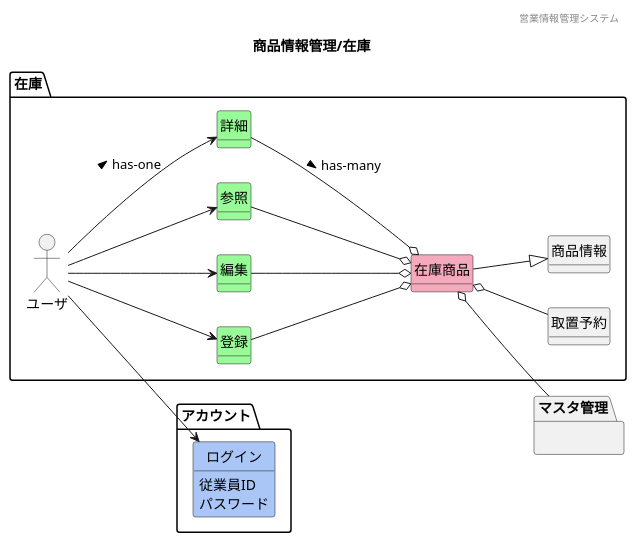
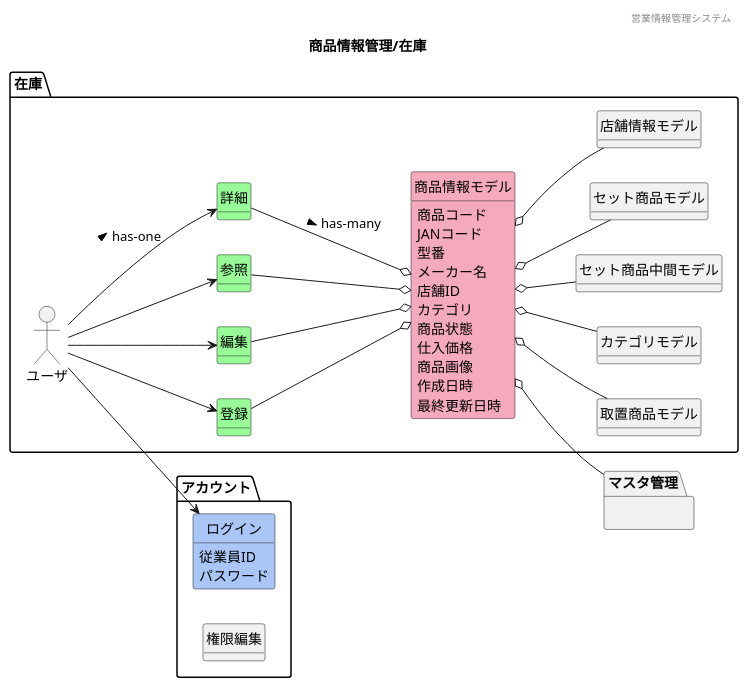
One commit to HaruShim/Sotuken changed the diagram in 各種設計書/1ドメインモデル図/商品情報管理/F07在庫.plantuml. Above: the diagram before and after it, drawn with PlantUML. The commit also changed 13 other files, not shown here.

```diff
--- a/各種設計書/1ドメインモデル図/商品情報管理/F07在庫.plantuml
+++ b/各種設計書/1ドメインモデル図/商品情報管理/F07在庫.plantuml
@@ -1,62 +1,72 @@
 @startuml images/商品情報管理/在庫
 ' ヘッダー
 header 営業情報管理システム
 ' タイトル
 title 商品情報管理/在庫
 ' 
 hide circle
 ' 
 hide method
 left to right direction
 
 package "アカウント"{
     class "ログイン" #A9C6F6
+    class "権限編集"
 }
 
 package "在庫" {
     'ユーザや外部システム
     mix_actor "ユーザ"
     class "登録" #98fb98
     class "編集" #98fb98
     class "参照" #98fb98
     class "詳細" #98fb98
-    class "在庫商品" #F5A9BC
-    class "取置予約"
-    class "商品情報"
+    class "商品情報モデル" #F5A9BC
+    class "取置商品モデル"
+    class "カテゴリモデル"
+    class "セット商品中間モデル"
+    class "セット商品モデル"
+    class "店舗情報モデル"    
 }
     package "マスタ管理"{
+        ' package "店舗マスタ"{}
+        ' package "ベンチマークマスタ"{}
     }
     ' class "" #F5A9BC
     ' class "" #ffd700
 
     'モデル同士の関係
     ユーザ --> 参照
     ユーザ --> 登録
     ユーザ --> 編集
     ユーザ --> 詳細 : > has-one
     ユーザ --> ログイン
-    登録 --o 在庫商品
-    参照 --o 在庫商品
-    編集 --o 在庫商品
-    詳細 --o 在庫商品 : > has-many
-    在庫商品 o-- 取置予約
-    在庫商品 --|> 商品情報
-    在庫商品 o-- マスタ管理
-
+    登録 --o 商品情報モデル
+    参照 --o 商品情報モデル
+    編集 --o 商品情報モデル
+    詳細 --o 商品情報モデル : > has-many
+    商品情報モデル o-- カテゴリモデル
+    商品情報モデル o-- マスタ管理
+    商品情報モデル o-- 取置商品モデル
+    商品情報モデル o-- セット商品中間モデル
+    商品情報モデル o-- セット商品モデル
+    商品情報モデル o-- 店舗情報モデル
     'ドメインクラスの属性
-    ' 商品情報 : 型番
-    ' 商品情報 : 商品コード
-    ' 商品情報 : JANコード
-    ' 商品情報 : 商品画像
-    ' 商品情報 : 在庫場所
-    ' 商品情報 : カテゴリ
-    ' 商品情報 : 仕入価格
+    商品情報モデル : 商品コード
+    商品情報モデル : JANコード
+    商品情報モデル : 型番
+    商品情報モデル : メーカー名
+    商品情報モデル : 店舗ID
+    商品情報モデル : カテゴリ
+    商品情報モデル : 商品状態
+    商品情報モデル : 仕入価格
+    商品情報モデル : 商品画像
+    商品情報モデル : 作成日時
+    商品情報モデル : 最終更新日時
     ログイン : 従業員ID
     ログイン : パスワード
-
-    ' 在庫商品の属性がないので飛ばす
 
 
 
 
 @enduml
```
